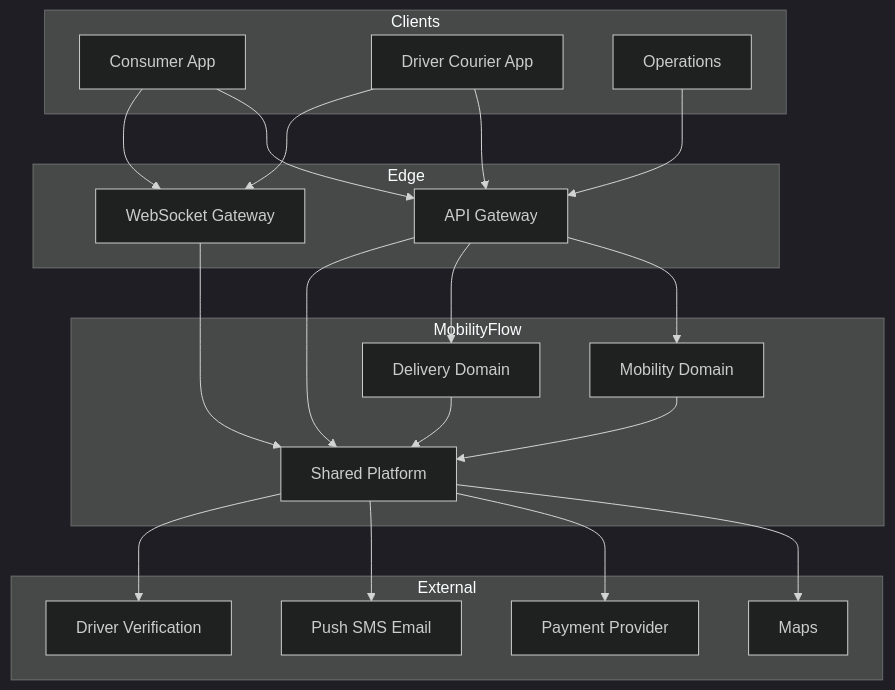
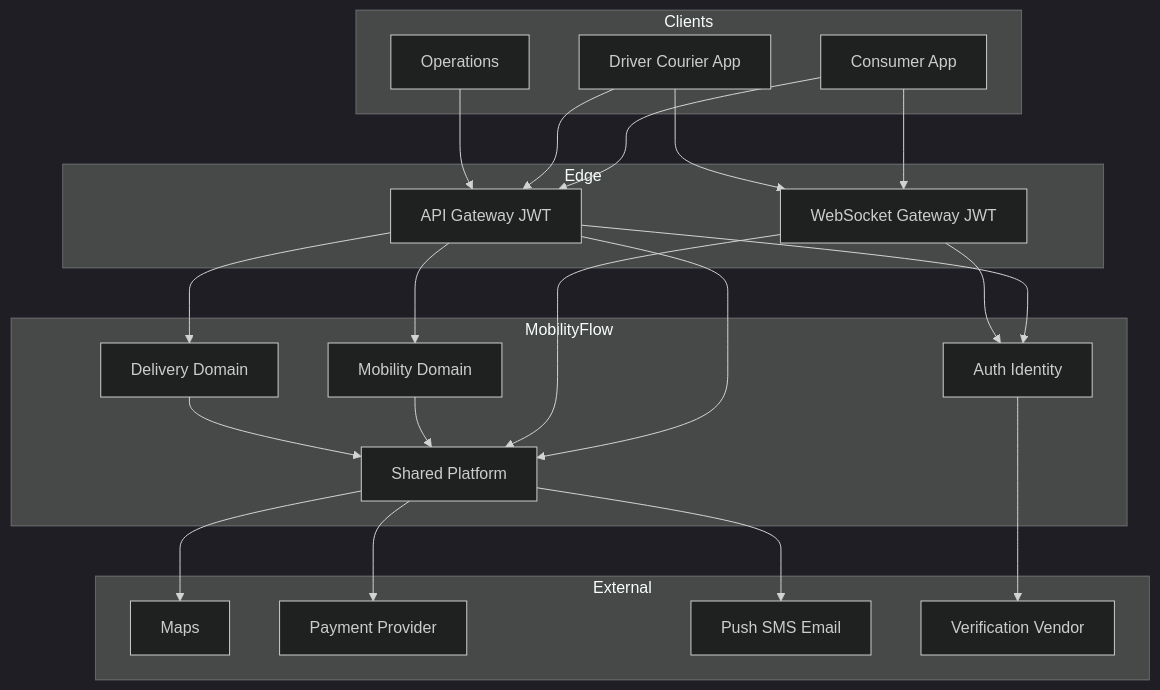
Before and after one commit to mostafiz57/Software-Architecture-Playbook: the second of 16 diagrams in case-studies/mobility-delivery-platform/README.md, drawn with Mermaid (dark theme). The commit also changed other lines of this file, not shown here.

Commit message:
added auth platfrom

````diff
--- a/case-studies/mobility-delivery-platform/README.md
+++ b/case-studies/mobility-delivery-platform/README.md
@@ -83,42 +93,45 @@
 ```mermaid
 flowchart TB
   subgraph Clients
     CApp["Consumer App"]
     DApp["Driver Courier App"]
     Ops["Operations"]
   end
 
   subgraph Edge["Edge"]
-    REST["API Gateway"]
-    WS["WebSocket Gateway"]
+    REST["API Gateway JWT"]
+    WS["WebSocket Gateway JWT"]
   end
 
   subgraph Core["MobilityFlow"]
+    Auth["Auth Identity"]
     Mobility["Mobility Domain"]
     DeliveryDom["Delivery Domain"]
     Shared["Shared Platform"]
   end
 
   subgraph External["External"]
     Maps["Maps"]
     Pay["Payment Provider"]
     Push["Push SMS Email"]
-    Verify["Driver Verification"]
+    KYC["Verification Vendor"]
   end
 
   CApp --> REST
   CApp --> WS
   DApp --> REST
   DApp --> WS
   Ops --> REST
+  REST --> Auth
   REST --> Mobility
   REST --> DeliveryDom
   REST --> Shared
+  WS --> Auth
   WS --> Shared
+  Auth --> KYC
   Mobility --> Shared
   DeliveryDom --> Shared
   Shared --> Maps
   Shared --> Pay
   Shared --> Push
-  Shared --> Verify
 ```
````
